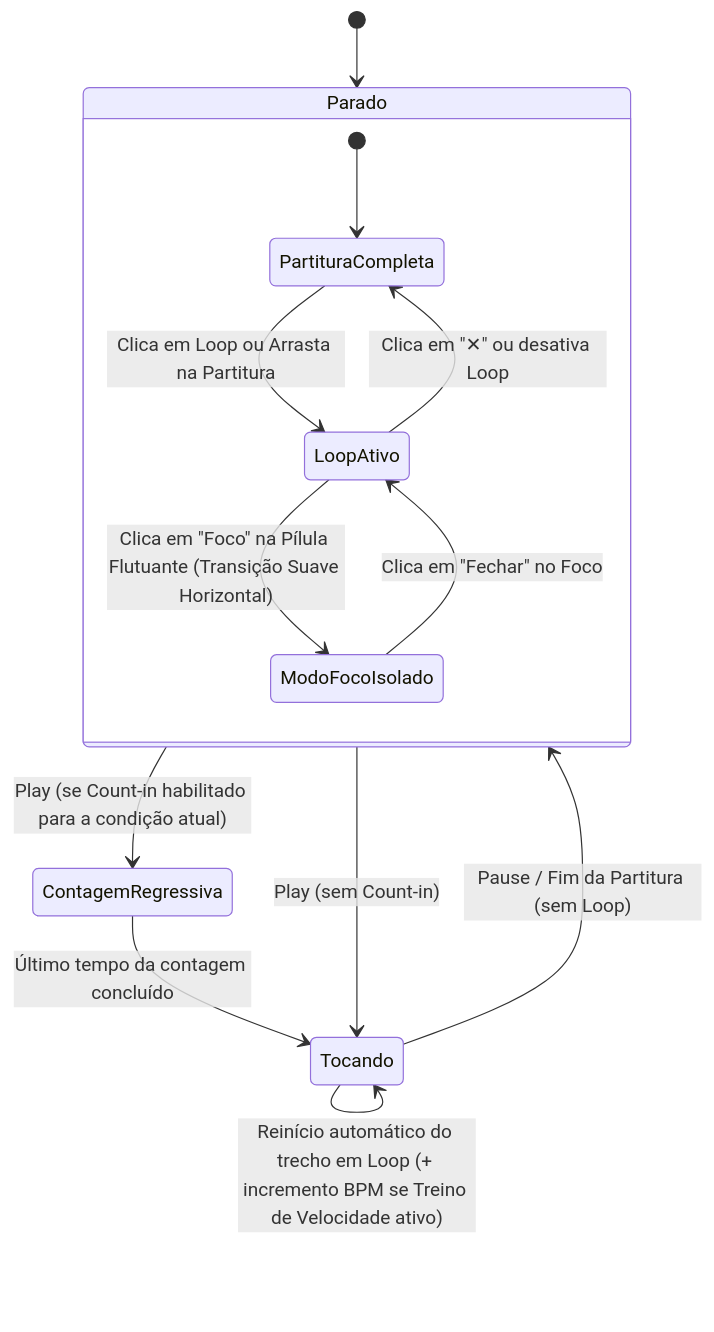
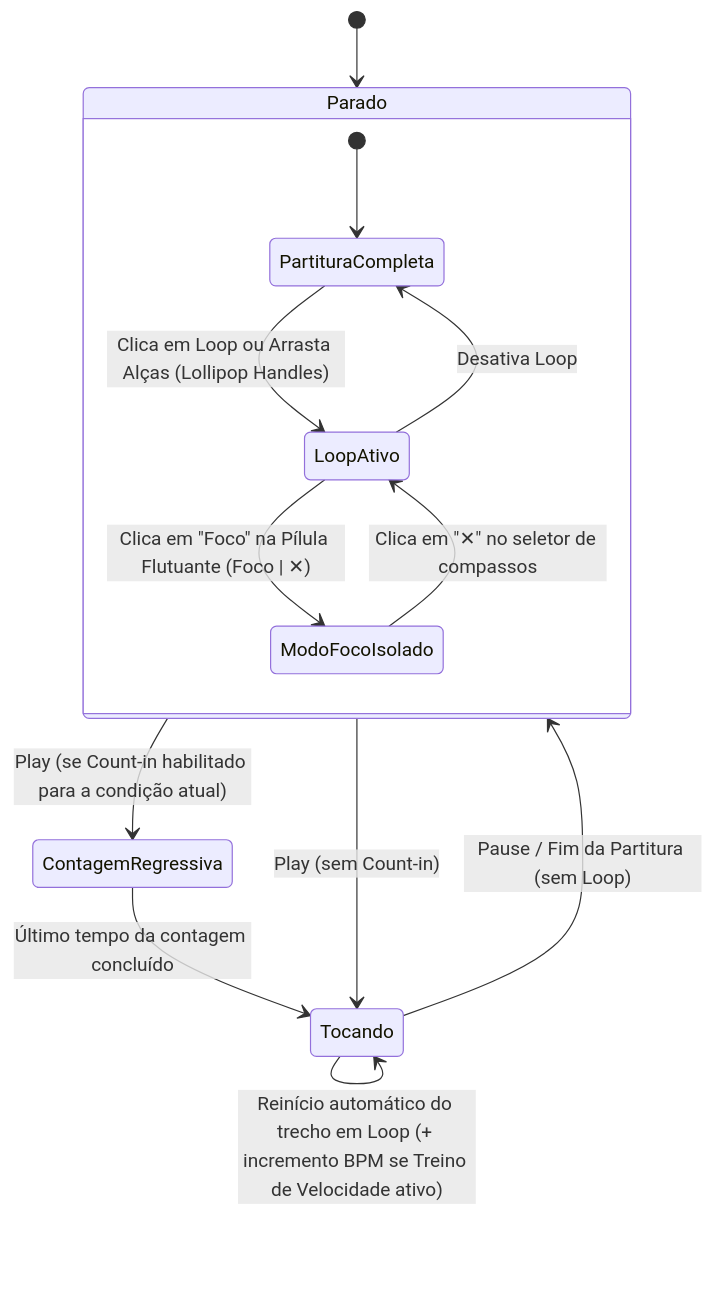
One commit to issacarbarbosa/issa-academy changed the third of 3 diagrams in ARCHITECTURE.md. Above: the diagram before and after it, drawn with Mermaid. The commit also changed other lines of this file and 19 other files, not shown here.

````diff
--- a/ARCHITECTURE.md
+++ b/ARCHITECTURE.md
@@ -89,18 +89,18 @@
 ```mermaid
 stateDiagram-v2
     [*] --> Parado
 
     state Parado {
         [*] --> PartituraCompleta
-        PartituraCompleta --> LoopAtivo : Clica em Loop ou Arrasta na Partitura
-        LoopAtivo --> ModoFocoIsolado : Clica em "Foco" na Pílula Flutuante (Transição Suave Horizontal)
-        ModoFocoIsolado --> LoopAtivo : Clica em "Fechar" no Foco
-        LoopAtivo --> PartituraCompleta : Clica em "✕" ou desativa Loop
+        PartituraCompleta --> LoopAtivo : Clica em Loop ou Arrasta Alças (Lollipop Handles)
+        LoopAtivo --> ModoFocoIsolado : Clica em "Foco" na Pílula Flutuante (Foco | ✕)
+        ModoFocoIsolado --> LoopAtivo : Clica em "✕" no seletor de compassos
+        LoopAtivo --> PartituraCompleta : Desativa Loop
     }
 
     Parado --> ContagemRegressiva : Play (se Count-in habilitado para a condição atual)
     Parado --> Tocando : Play (sem Count-in)
     ContagemRegressiva --> Tocando : Último tempo da contagem concluído
     Tocando --> Parado : Pause / Fim da Partitura (sem Loop)
     Tocando --> Tocando : Reinício automático do trecho em Loop (+ incremento BPM se Treino de Velocidade ativo)
 ```
````
